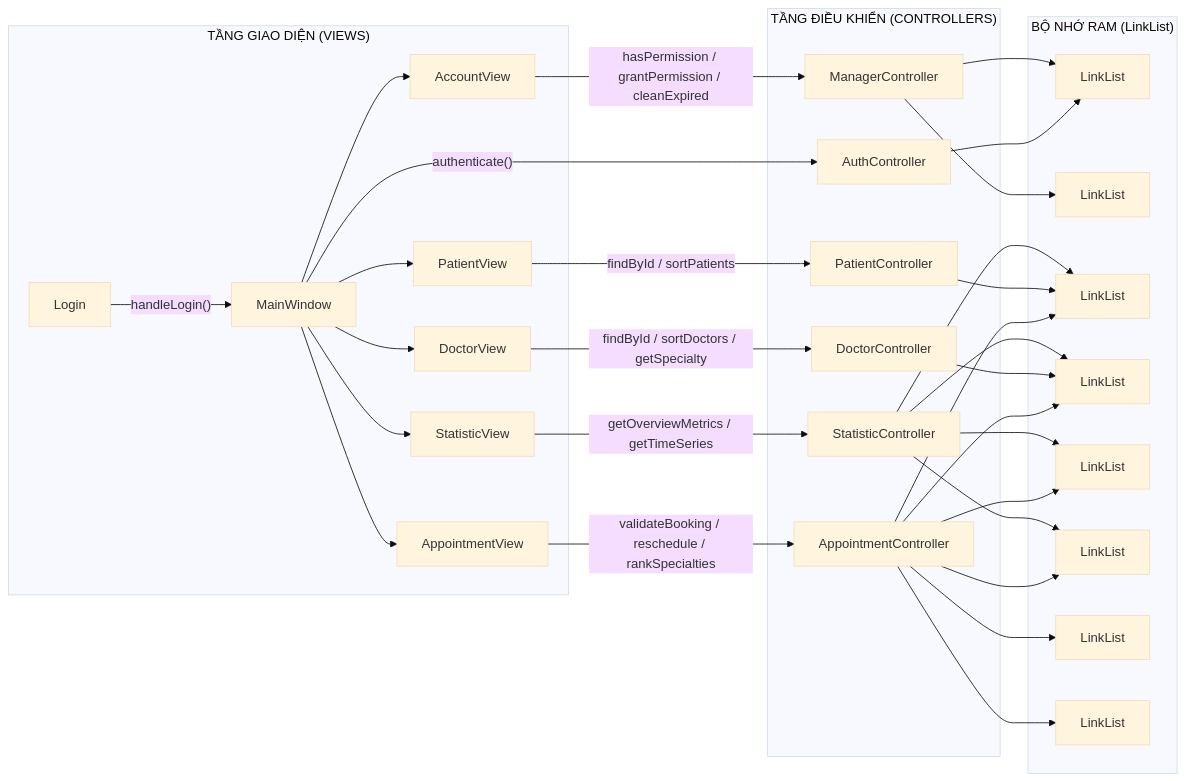
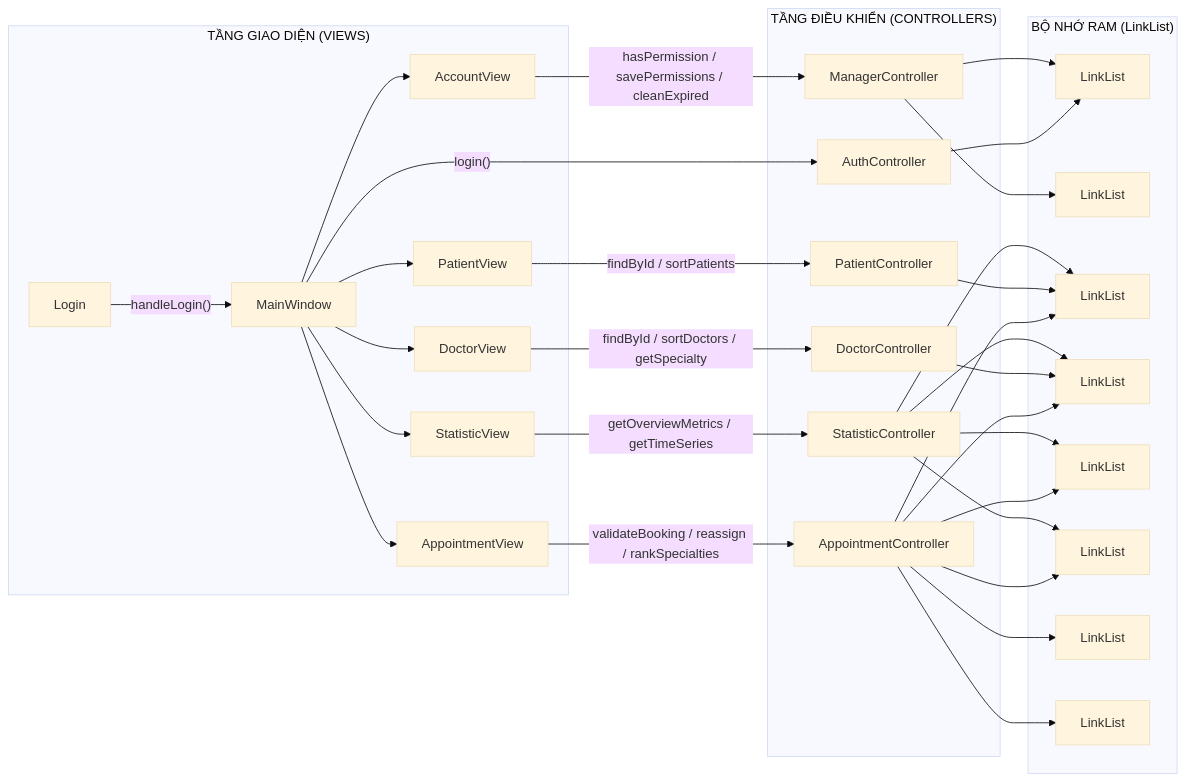
Before and after one commit to LeHuuHoang-26/PBL_2: the third of 9 diagrams in algorithm.md, drawn with Mermaid (base theme). The commit also changed other lines of this file and 11 other files, not shown here.

````diff
--- a/algorithm.md
+++ b/algorithm.md
@@ -391,53 +396,53 @@
 ```mermaid
 flowchart LR
     subgraph Views["TẦNG GIAO DIỆN (VIEWS)"]
         MW["MainWindow"]
         LG["Login"]
         AV["AppointmentView"]
         PV["PatientView"]
         DV["DoctorView"]
         SV["StatisticView"]
         ACV["AccountView"]
     end
 
     subgraph Controllers["TẦNG ĐIỀU KHIỂN (CONTROLLERS)"]
         AUC["AuthController"]
         APC["AppointmentController"]
         PTC["PatientController"]
         DCC["DoctorController"]
         STC["StatisticController"]
         MGC["ManagerController"]
     end
 
     subgraph Memory["BỘ NHỚ RAM (LinkList<T>)"]
         LL_M["LinkList<Manager>"]
         LL_PM["LinkList<PermissionManager>"]
         LL_P["LinkList<Patient>"]
         LL_D["LinkList<Doctor>"]
         LL_A["LinkList<Appointment>"]
         LL_SP["LinkList<SymptomPatient>"]
         LL_SPD["LinkList<SymptomPatientDetail>"]
         LL_S["LinkList<Symptom>"]
     end
 
     LG -->|"handleLogin()"| MW
-    MW -->|"authenticate()"| AUC
+    MW -->|"login()"| AUC
     AUC --> LL_M
 
     MW --> AV & PV & DV & SV & ACV
 
-    AV -->|"validateBooking / reschedule / rankSpecialties"| APC
+    AV -->|"validateBooking / reassign / rankSpecialties"| APC
     APC --> LL_A & LL_SP & LL_SPD & LL_S & LL_D & LL_P
 
     PV -->|"findById / sortPatients"| PTC
     PTC --> LL_P
 
     DV -->|"findById / sortDoctors / getSpecialty"| DCC
     DCC --> LL_D
 
     SV -->|"getOverviewMetrics / getTimeSeries"| STC
     STC --> LL_A & LL_D & LL_P & LL_SP
 
-    ACV -->|"hasPermission / grantPermission / cleanExpired"| MGC
+    ACV -->|"hasPermission / savePermissions / cleanExpired"| MGC
     MGC --> LL_M & LL_PM
 ```
````
